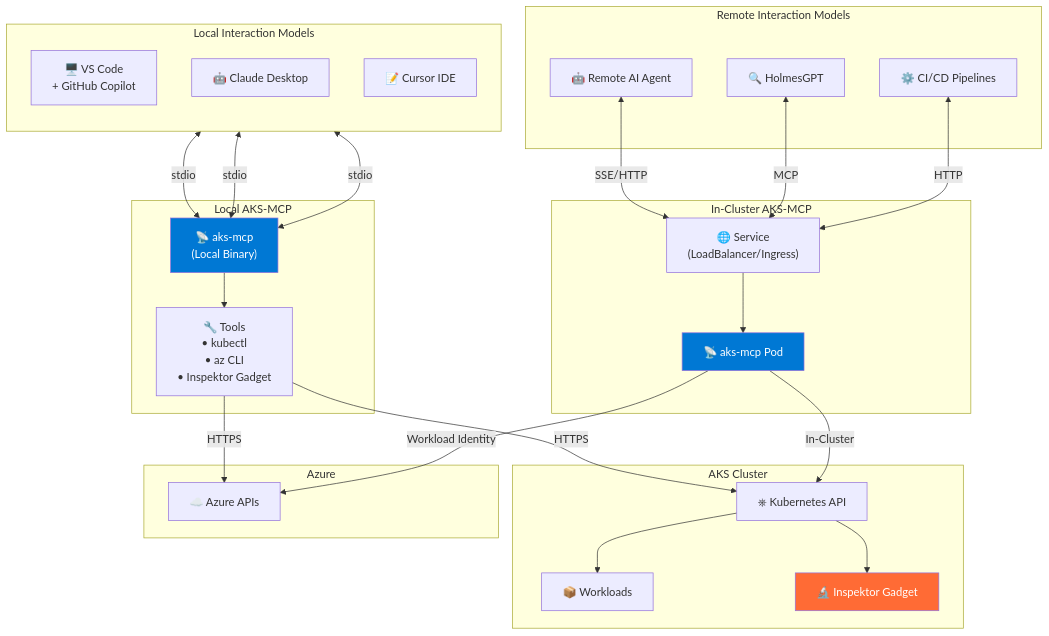
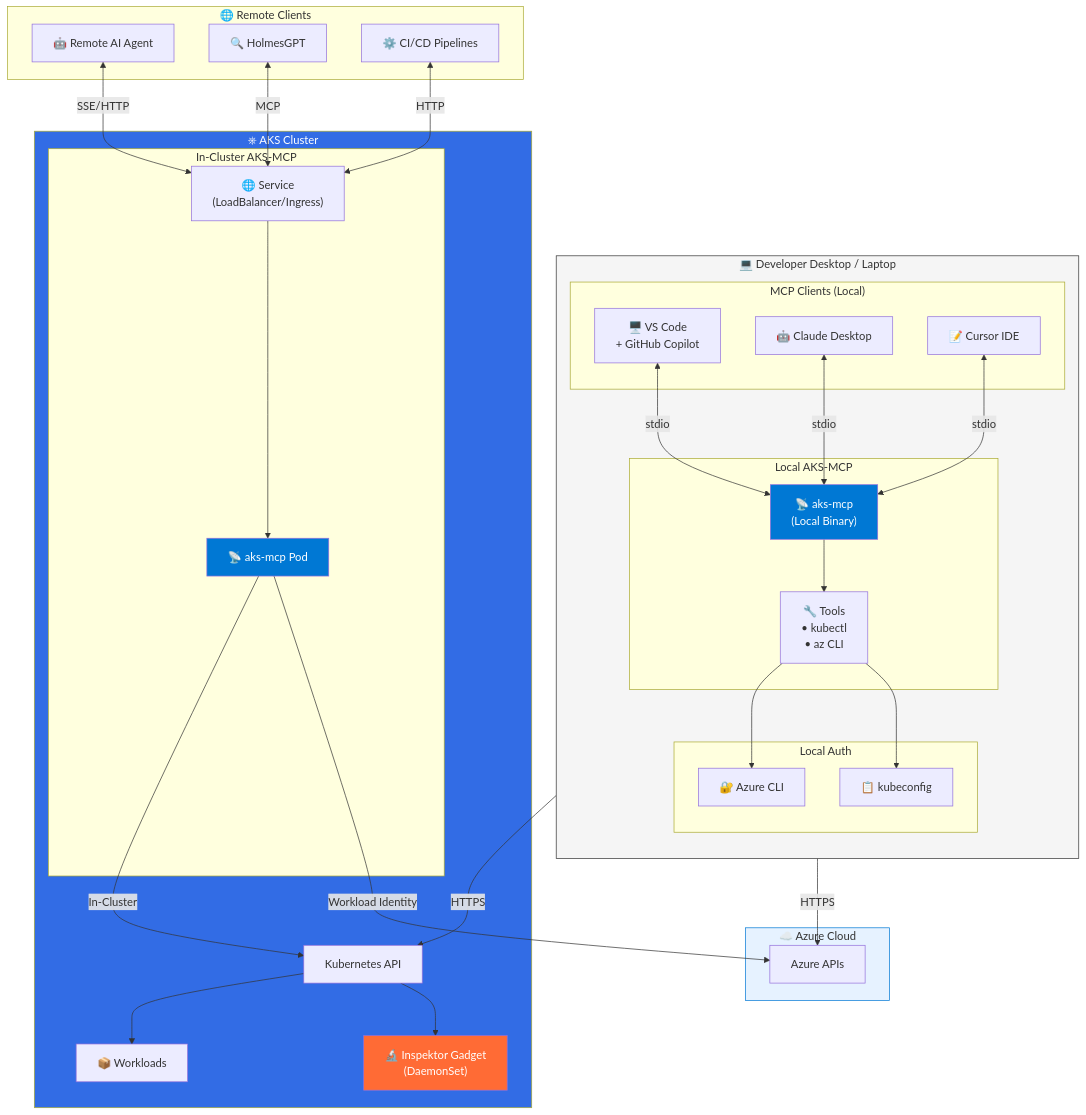
Before and after one commit to srinman/platform-engineering: the fourth of 12 diagrams in platform-agentic-ai-enhanced.md, drawn with Mermaid. The commit also changed other lines of this file, not shown here.

````diff
--- a/platform-agentic-ai-enhanced.md
+++ b/platform-agentic-ai-enhanced.md
@@ -161,56 +199,68 @@
 ```mermaid
 flowchart TB
-    subgraph "Local Interaction Models"
+    subgraph DESKTOP["💻 Developer Desktop / Laptop"]
         direction TB
-        VSCODE["🖥️ VS Code<br/>+ GitHub Copilot"]
-        CLAUDE["🤖 Claude Desktop"]
-        CURSOR["📝 Cursor IDE"]
+        subgraph "MCP Clients (Local)"
+            VSCODE["🖥️ VS Code<br/>+ GitHub Copilot"]
+            CLAUDE["🤖 Claude Desktop"]
+            CURSOR["📝 Cursor IDE"]
+        end
+        
+        subgraph "Local AKS-MCP"
+            LOCAL_MCP["📡 aks-mcp<br/>(Local Binary)"]
+            LOCAL_TOOLS["🔧 Tools<br/>• kubectl<br/>• az CLI"]
+        end
+        
+        subgraph "Local Auth"
+            AZ_AUTH["🔐 Azure CLI"]
+            KUBECONFIG["📋 kubeconfig"]
+        end
     end
     
-    subgraph "Local AKS-MCP"
-        LOCAL_MCP["📡 aks-mcp<br/>(Local Binary)"]
-        LOCAL_TOOLS["🔧 Tools<br/>• kubectl<br/>• az CLI<br/>• Inspektor Gadget"]
-    end
-    
-    subgraph "Remote Interaction Models"
+    subgraph REMOTE["🌐 Remote Clients"]
         REMOTE_AGENT["🤖 Remote AI Agent"]
         HOLMES["🔍 HolmesGPT"]
         AUTOMATION["⚙️ CI/CD Pipelines"]
     end
     
-    subgraph "In-Cluster AKS-MCP"
-        REMOTE_MCP["📡 aks-mcp Pod"]
-        REMOTE_SVC["🌐 Service<br/>(LoadBalancer/Ingress)"]
+    subgraph CLUSTER["⎈ AKS Cluster"]
+        subgraph "In-Cluster AKS-MCP"
+            REMOTE_MCP["📡 aks-mcp Pod"]
+            REMOTE_SVC["🌐 Service<br/>(LoadBalancer/Ingress)"]
+        end
+        
+        K8S_API["Kubernetes API"]
+        WORKLOADS["📦 Workloads"]
+        GADGET["🔬 Inspektor Gadget<br/>(DaemonSet)"]
     end
     
-    subgraph "AKS Cluster"
-        K8S_API["⎈ Kubernetes API"]
-        WORKLOADS["📦 Workloads"]
-        GADGET["🔬 Inspektor Gadget"]
-    end
-    
-    subgraph "Azure"
-        ARM["☁️ Azure APIs"]
+    subgraph AZURE["☁️ Azure Cloud"]
+        ARM["Azure APIs"]
     end
     
     VSCODE <-->|"stdio"| LOCAL_MCP
     CLAUDE <-->|"stdio"| LOCAL_MCP
     CURSOR <-->|"stdio"| LOCAL_MCP
     LOCAL_MCP --> LOCAL_TOOLS
-    LOCAL_TOOLS -->|"HTTPS"| K8S_API
-    LOCAL_TOOLS -->|"HTTPS"| ARM
+    LOCAL_TOOLS --> AZ_AUTH
+    LOCAL_TOOLS --> KUBECONFIG
+    AZ_AUTH -->|"HTTPS"| ARM
+    KUBECONFIG -->|"HTTPS"| K8S_API
     
     REMOTE_AGENT <-->|"SSE/HTTP"| REMOTE_SVC
     HOLMES <-->|"MCP"| REMOTE_SVC
     AUTOMATION <-->|"HTTP"| REMOTE_SVC
     REMOTE_SVC --> REMOTE_MCP
     REMOTE_MCP -->|"In-Cluster"| K8S_API
     REMOTE_MCP -->|"Workload Identity"| ARM
     
     K8S_API --> WORKLOADS
     K8S_API --> GADGET
     
+    style DESKTOP fill:#f5f5f5,stroke:#333
+    style CLUSTER fill:#326CE5,color:white
+    style AZURE fill:#e6f2ff,stroke:#0078D4
     style LOCAL_MCP fill:#0078D4,color:white
     style REMOTE_MCP fill:#0078D4,color:white
     style GADGET fill:#FF6B35,color:white
 ```
````
